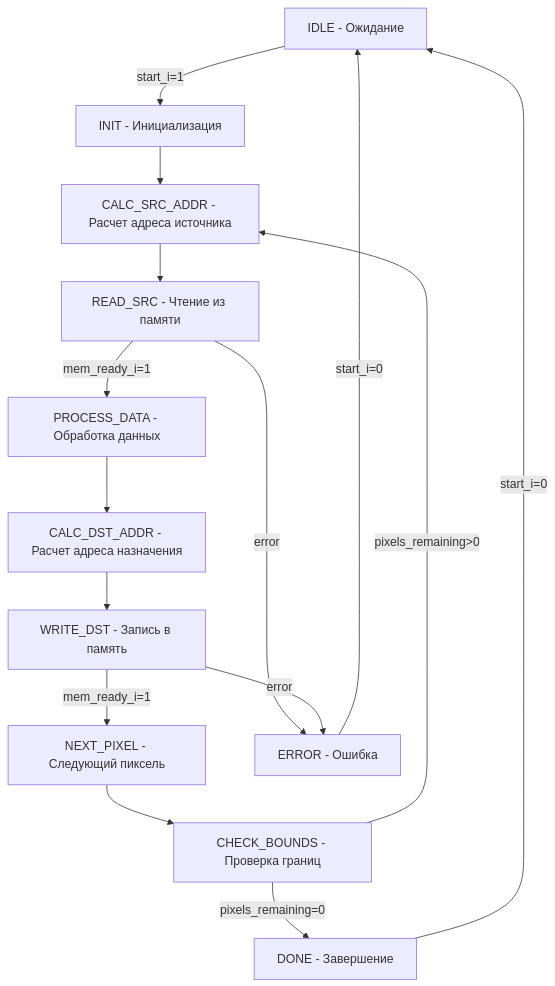
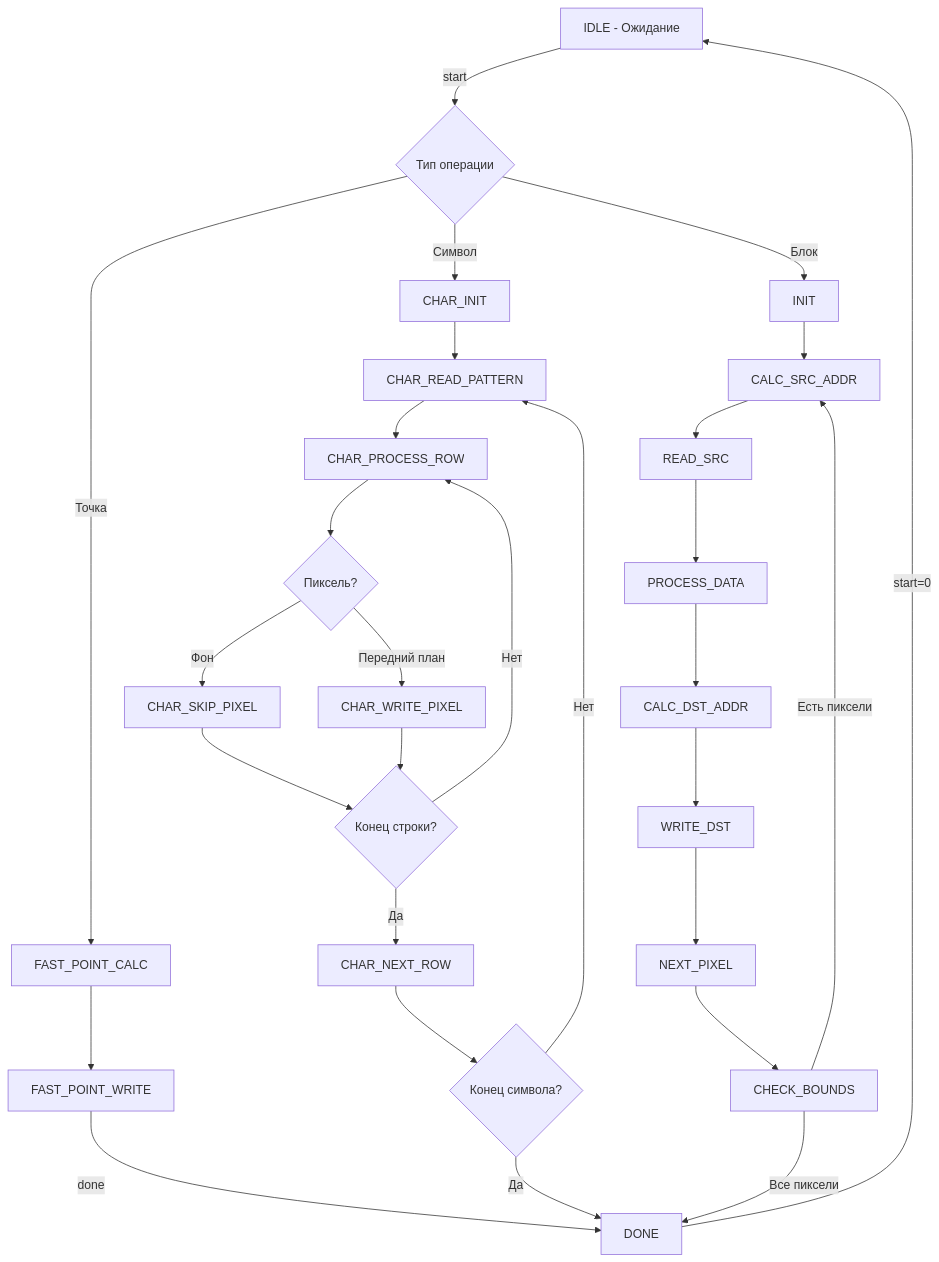
One commit to hww/aleste-lx-fpga-sv changed the diagram in docs/GPU_DMA_EngineManual.md. Above: the diagram before and after it, drawn with Mermaid. The commit also changed other lines of this file and 8 other files, not shown here.

````diff
--- a/docs/GPU_DMA_EngineManual.md
+++ b/docs/GPU_DMA_EngineManual.md
@@ -38,17 +182,35 @@
 ```mermaid
 graph TD
-    A[IDLE - Ожидание] -->|start_i=1| B[INIT - Инициализация]
-    B --> C[CALC_SRC_ADDR - Расчет адреса источника]
-    C --> D[READ_SRC - Чтение из памяти]
-    D -->|mem_ready_i=1| E[PROCESS_DATA - Обработка данных]
-    E --> F[CALC_DST_ADDR - Расчет адреса назначения]
-    F --> G[WRITE_DST - Запись в память]
-    G -->|mem_ready_i=1| H[NEXT_PIXEL - Следующий пиксель]
-    H --> I[CHECK_BOUNDS - Проверка границ]
-    I -->|pixels_remaining>0| C
-    I -->|pixels_remaining=0| J[DONE - Завершение]
-    J -->|start_i=0| A
-    D -->|error| K[ERROR - Ошибка]
-    G -->|error| K
-    K -->|start_i=0| A
+    A[IDLE - Ожидание] -->|start| B{Тип операции}
+    B -->|Точка| C[FAST_POINT_CALC]
+    B -->|Символ| D[CHAR_INIT]
+    B -->|Блок| E[INIT]
+    
+    C --> F[FAST_POINT_WRITE]
+    F -->|done| G[DONE]
+    
+    D --> H[CHAR_READ_PATTERN]
+    H --> I[CHAR_PROCESS_ROW]
+    I --> J{Пиксель?}
+    J -->|Фон| K[CHAR_SKIP_PIXEL]
+    J -->|Передний план| L[CHAR_WRITE_PIXEL]
+    K --> M{Конец строки?}
+    L --> M
+    M -->|Нет| I
+    M -->|Да| N[CHAR_NEXT_ROW]
+    N --> O{Конец символа?}
+    O -->|Нет| H
+    O -->|Да| G
+    
+    E --> P[CALC_SRC_ADDR]
+    P --> Q[READ_SRC]
+    Q --> R[PROCESS_DATA]
+    R --> S[CALC_DST_ADDR]
+    S --> T[WRITE_DST]
+    T --> U[NEXT_PIXEL]
+    U --> V[CHECK_BOUNDS]
+    V -->|Есть пиксели| P
+    V -->|Все пиксели| G
+    
+    G -->|start=0| A
 ```
````
